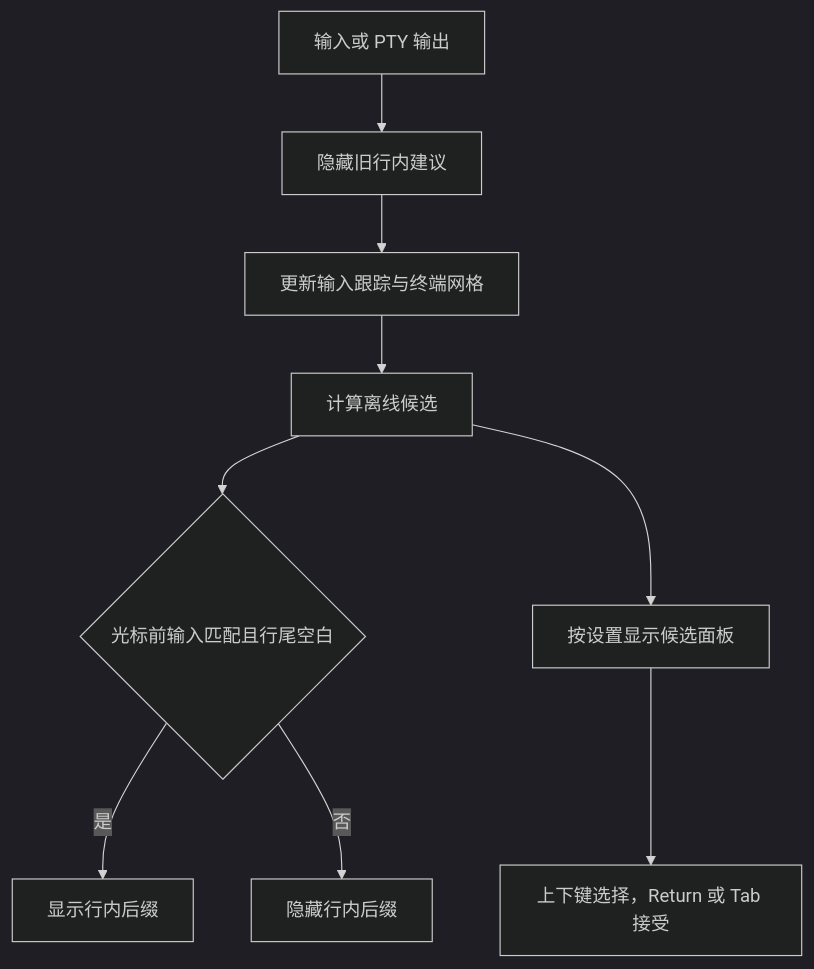
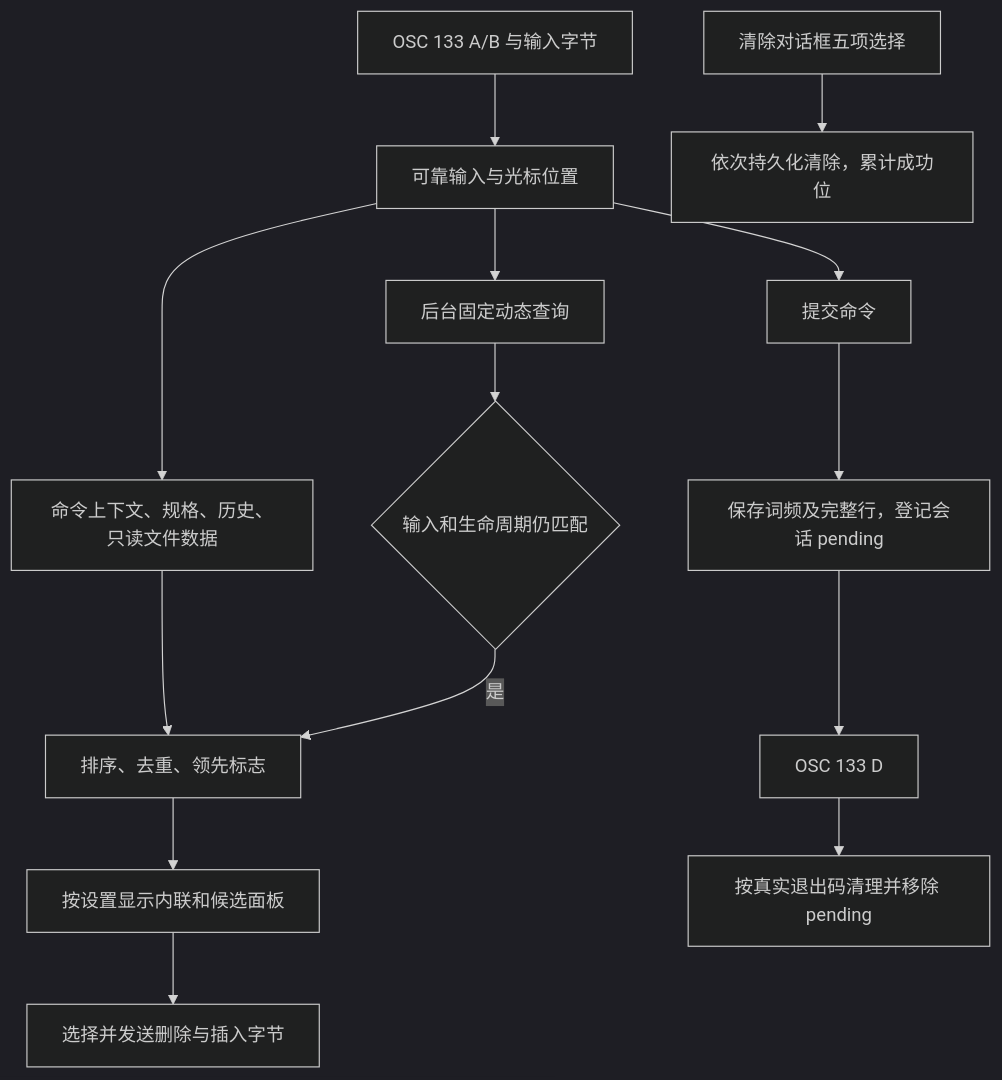
The diagram in docs/developer/autocomplete.md (OpenFabrica/aster), drawn with Mermaid (dark theme) before and after one commit. The commit also changed other lines of this file and 105 other files, not shown here.

````diff
--- a/docs/developer/autocomplete.md
+++ b/docs/developer/autocomplete.md
@@ -16,11 +69,16 @@
 ```mermaid
 flowchart TD
-  A[输入或 PTY 输出] --> B[隐藏旧行内建议]
-  B --> C[更新输入跟踪与终端网格]
-  C --> D[计算离线候选]
-  D --> E{光标前输入匹配且行尾空白}
-  E -->|是| F[显示行内后缀]
-  E -->|否| G[隐藏行内后缀]
-  D --> H[按设置显示候选面板]
-  H --> I[上下键选择，Return 或 Tab 接受]
+  A[OSC 133 A/B 与输入字节] --> B[可靠输入与光标位置]
+  B --> C[命令上下文、规格、历史、只读文件数据]
+  C --> D[排序、去重、领先标志]
+  B --> M[后台固定动态查询]
+  M --> N{输入和生命周期仍匹配}
+  N -->|是| D
+  D --> E[按设置显示内联和候选面板]
+  E --> F[选择并发送删除与插入字节]
+  B --> G[提交命令]
+  G --> H[保存词频及完整行，登记会话 pending]
+  H --> I[OSC 133 D]
+  I --> J[按真实退出码清理并移除 pending]
+  K[清除对话框五项选择] --> L[依次持久化清除，累计成功位]
 ```
````
